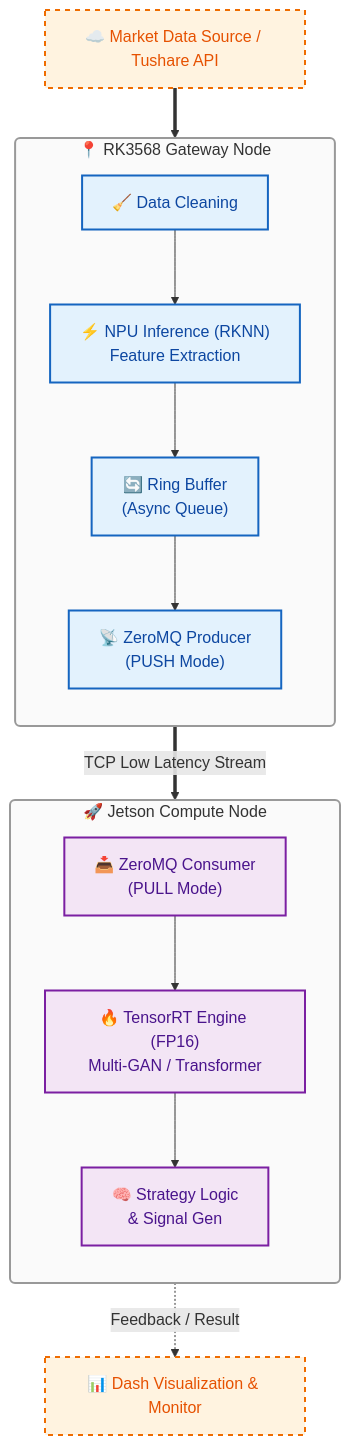
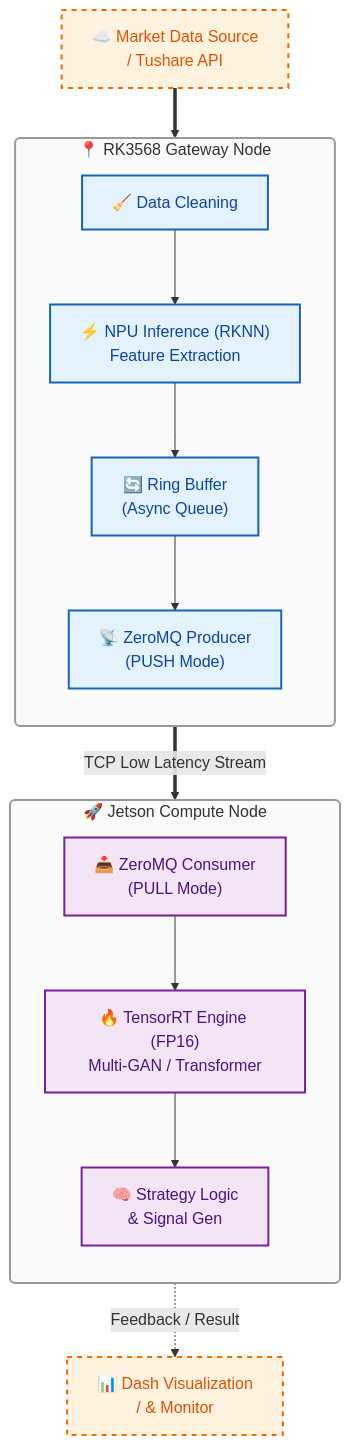
Before and after one commit to WNPPP0114/HEQIS: the first of 2 diagrams in README.md, drawn with Mermaid.

````diff
--- a/README.md
+++ b/README.md
@@ -6,51 +6,51 @@
 ```mermaid
 graph TD
     %% 全局样式设置
     classDef default fill:#fff,stroke:#333,stroke-width:1px,color:#000;
     classDef cluster fill:#fafafa,stroke:#999,stroke-width:2px,rx:5,ry:5;
     classDef gateway fill:#e3f2fd,stroke:#1565c0,stroke-width:2px,color:#0d47a1;
     classDef compute fill:#f3e5f5,stroke:#7b1fa2,stroke-width:2px,color:#4a148c;
     classDef external fill:#fff3e0,stroke:#ef6c00,stroke-width:2px,stroke-dasharray: 5 5,color:#e65100;
 
     %% 外部输入
-    Input["☁️ Market Data Source / Tushare API"]:::external
+    Input["☁️ Market Data Source<br/>/ Tushare API"]:::external
 
     %% RK3568 网关节点
     subgraph Gateway_Node ["📍 RK3568 Gateway Node"]
         direction TB
         Cleaner["🧹 Data Cleaning"]:::gateway
         NPU_Feat["⚡ NPU Inference (RKNN)<br/>Feature Extraction"]:::gateway
         RingBuf["🔄 Ring Buffer<br/>(Async Queue)"]:::gateway
         ZMQ_Push["📡 ZeroMQ Producer<br/>(PUSH Mode)"]:::gateway
     end
 
     %% Jetson 计算节点
     subgraph Compute_Node ["🚀 Jetson Compute Node"]
         direction TB
         ZMQ_Pull["📥 ZeroMQ Consumer<br/>(PULL Mode)"]:::compute
         TRT_Eng["🔥 TensorRT Engine (FP16)<br/>Multi-GAN / Transformer"]:::compute
         Signal["🧠 Strategy Logic<br/>& Signal Gen"]:::compute
     end
 
     %% UI层
-    UI["📊 Dash Visualization & Monitor"]:::external
+    UI["📊 Dash Visualization<br/>/ & Monitor"]:::external
 
     %% 连线逻辑
     Input ==> Cleaner
     Cleaner --> NPU_Feat
     NPU_Feat --> RingBuf
     RingBuf --> ZMQ_Push
 
     %% 跨设备通信
     ZMQ_Push == "TCP Low Latency Stream" ==> ZMQ_Pull
 
     %% 计算节点流程
     ZMQ_Pull --> TRT_Eng
     TRT_Eng --> Signal
 
     %% 结果回传
     Signal -.->|Feedback / Result| UI
 
     %% 应用样式
     class Gateway_Node,Compute_Node cluster;
 ```
````
